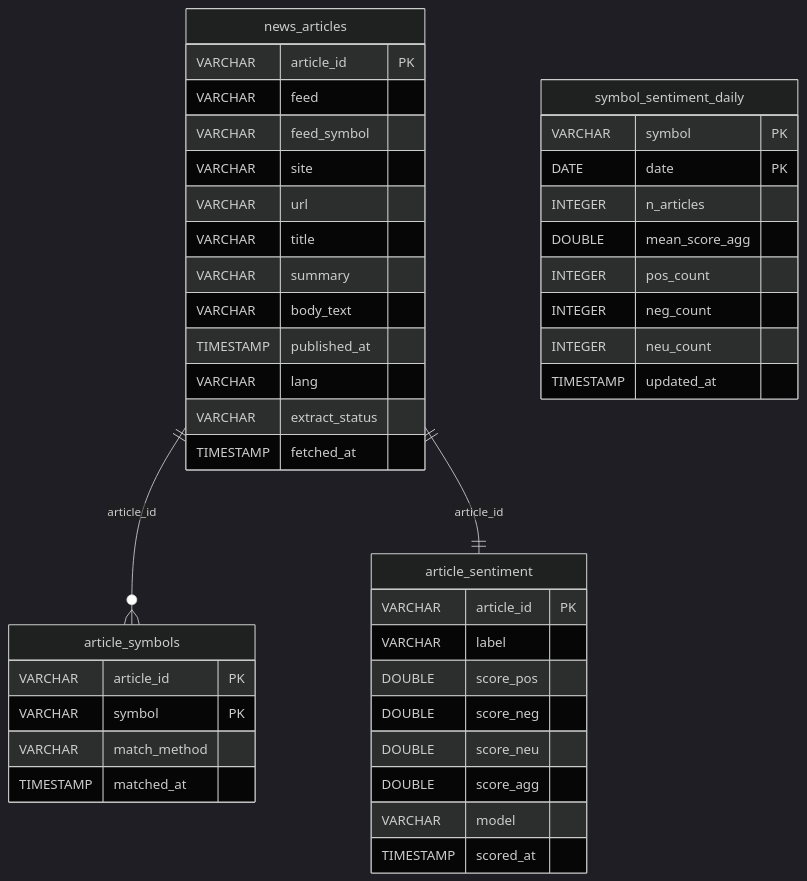
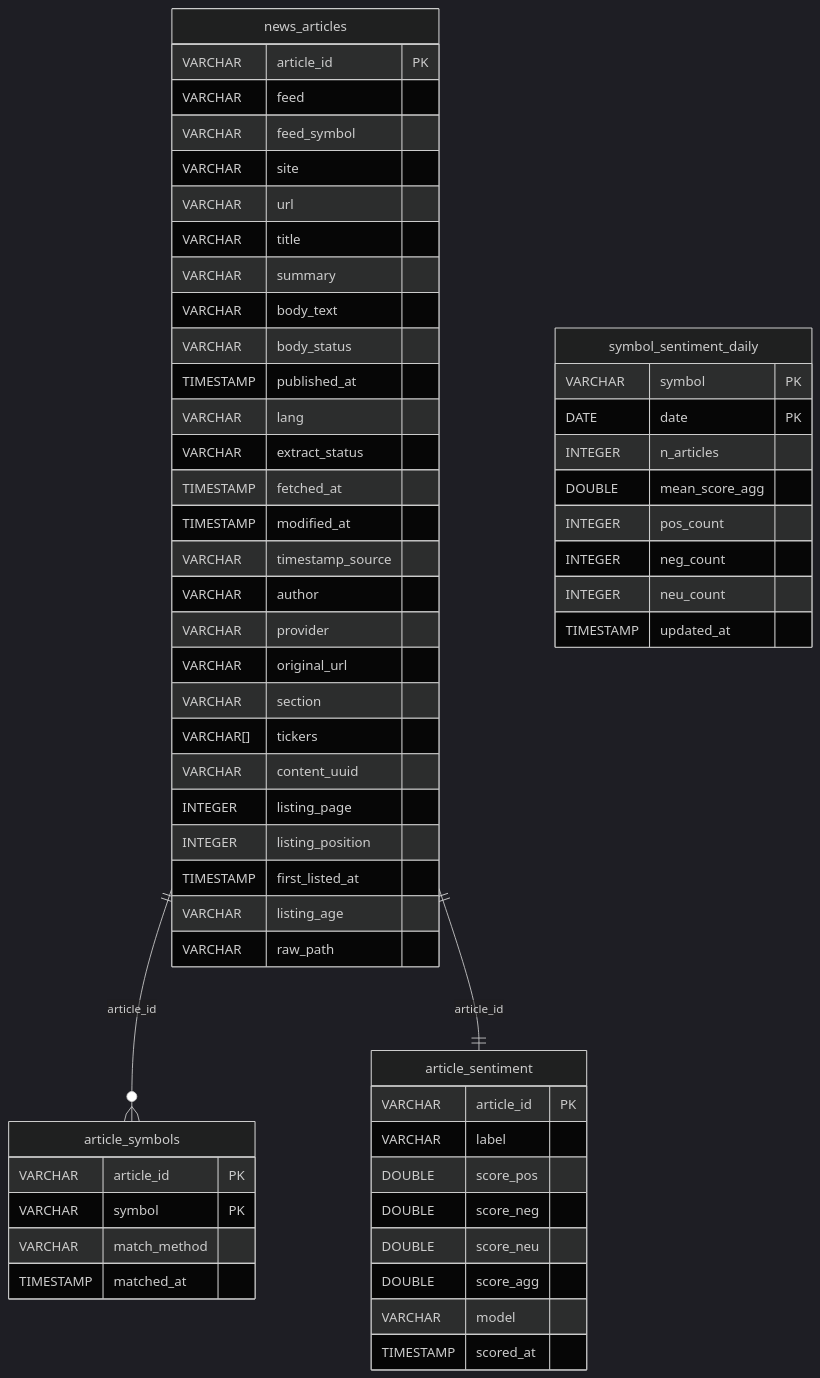
One commit to vkothandam/MTap changed the second of 2 diagrams in docs/database-schema.md. Above: the diagram before and after it, drawn with Mermaid (dark theme). The commit also changed 14 other files, not shown here.

````diff
--- a/docs/database-schema.md
+++ b/docs/database-schema.md
@@ -167,45 +167,59 @@
 ```mermaid
 erDiagram
     article_sentiment {
         VARCHAR article_id PK
         VARCHAR label
         DOUBLE score_pos
         DOUBLE score_neg
         DOUBLE score_neu
         DOUBLE score_agg
         VARCHAR model
         TIMESTAMP scored_at
     }
     article_symbols {
         VARCHAR article_id PK
         VARCHAR symbol PK
         VARCHAR match_method
         TIMESTAMP matched_at
     }
     news_articles {
         VARCHAR article_id PK
         VARCHAR feed
         VARCHAR feed_symbol
         VARCHAR site
         VARCHAR url
         VARCHAR title
         VARCHAR summary
         VARCHAR body_text
+        VARCHAR body_status
         TIMESTAMP published_at
         VARCHAR lang
         VARCHAR extract_status
         TIMESTAMP fetched_at
+        TIMESTAMP modified_at
+        VARCHAR timestamp_source
+        VARCHAR author
+        VARCHAR provider
+        VARCHAR original_url
+        VARCHAR section
+        VARCHAR[] tickers
+        VARCHAR content_uuid
+        INTEGER listing_page
+        INTEGER listing_position
+        TIMESTAMP first_listed_at
+        VARCHAR listing_age
+        VARCHAR raw_path
     }
     symbol_sentiment_daily {
         VARCHAR symbol PK
         DATE date PK
         INTEGER n_articles
         DOUBLE mean_score_agg
         INTEGER pos_count
         INTEGER neg_count
         INTEGER neu_count
         TIMESTAMP updated_at
     }
     news_articles ||--o{ article_symbols : "article_id"
     news_articles ||--|| article_sentiment : "article_id"
 ```
````
